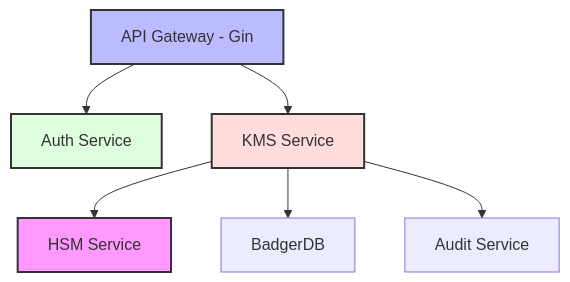
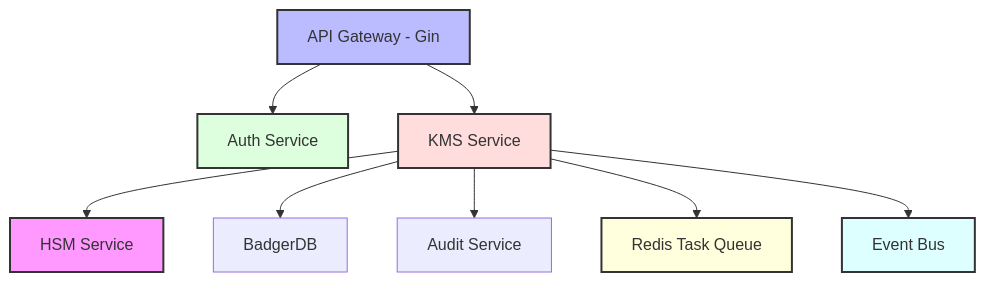
The diagram in docs/server/README.md (theboringhumane/Xyphos), drawn with Mermaid before and after one commit. The commit also changed other lines of this file, not shown here.

First line of the commit message:
📝 docs(kms): Update server README with enhanced architecture and features

````diff
--- a/docs/server/README.md
+++ b/docs/server/README.md
@@ -22,13 +25,17 @@
 ```mermaid
 graph TD
     A[API Gateway - Gin] --> B[Auth Service]
     A --> C[KMS Service]
     C --> D[HSM Service]
     C --> E[BadgerDB]
     C --> F[Audit Service]
+    C --> G[Redis Task Queue]
+    C --> H[Event Bus]
     
     style A fill:#bbf,stroke:#333,stroke-width:2px
     style B fill:#dfd,stroke:#333,stroke-width:2px
     style C fill:#fdd,stroke:#333,stroke-width:2px
     style D fill:#f9f,stroke:#333,stroke-width:2px
+    style G fill:#ffd,stroke:#333,stroke-width:2px
+    style H fill:#dff,stroke:#333,stroke-width:2px
 ```
````
